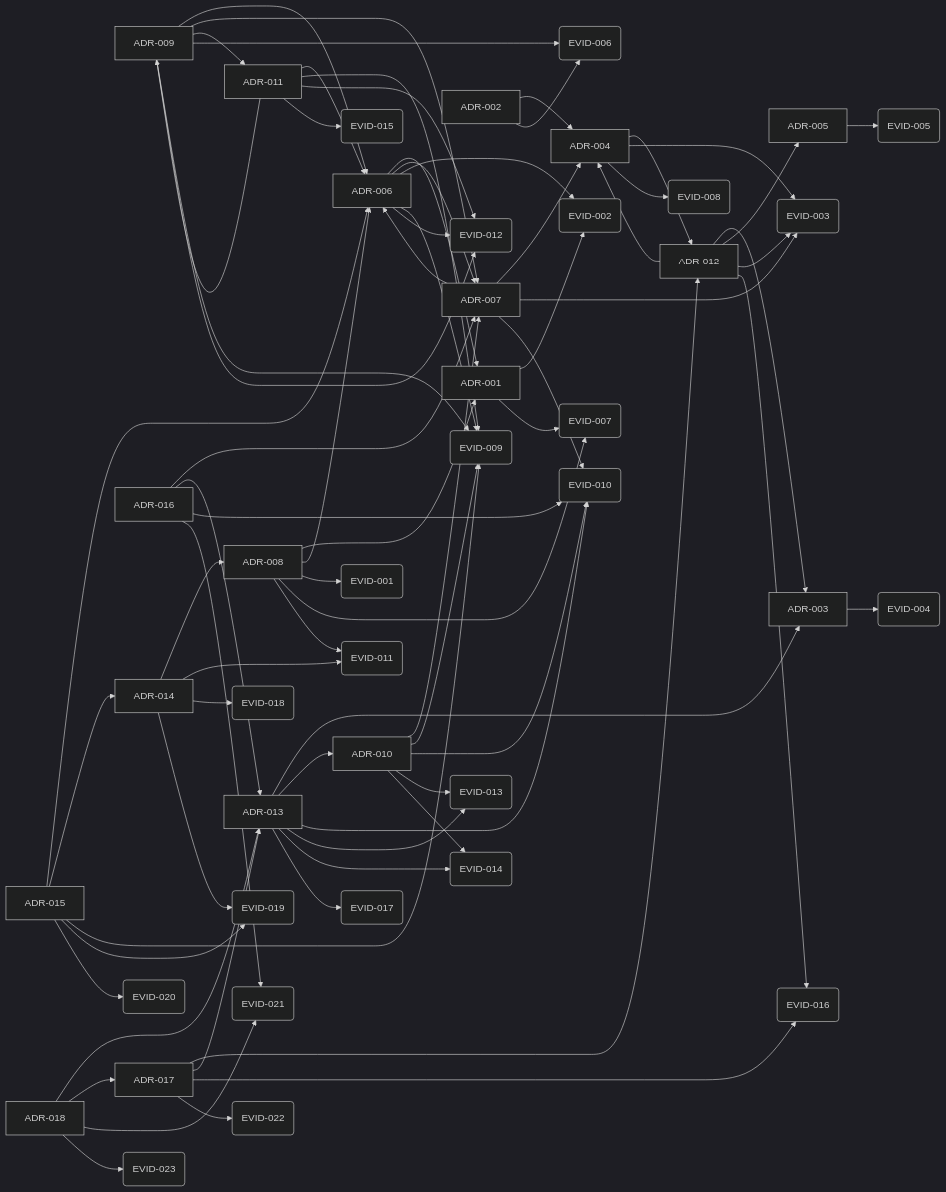
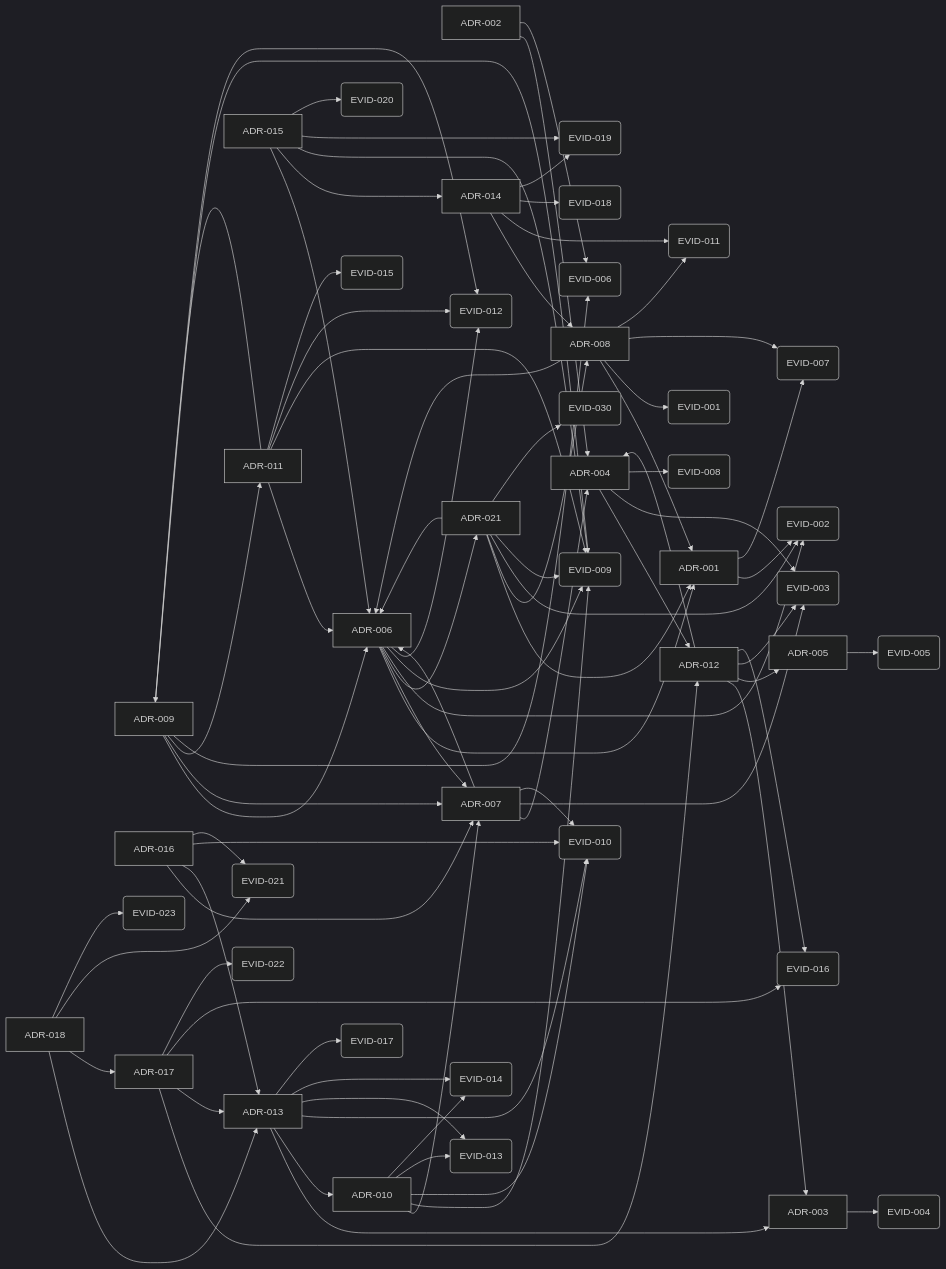
The diagram in GRAPH.md (TeramachiShunsuke/aidd), drawn with Mermaid (dark theme) before and after one commit. The commit also changed other lines of this file and 18 other files, not shown here.

````diff
--- a/GRAPH.md
+++ b/GRAPH.md
@@ -52,6 +52,7 @@
   ADR_016[ADR-016]
   ADR_017[ADR-017]
   ADR_018[ADR-018]
+  ADR_021[ADR-021]
   EVID_001(EVID-001)
   EVID_002(EVID-002)
   EVID_003(EVID-003)
@@ -75,6 +76,7 @@
   EVID_021(EVID-021)
   EVID_022(EVID-022)
   EVID_023(EVID-023)
+  EVID_030(EVID-030)
   ADR_001 --> EVID_002
   ADR_001 --> EVID_007
   ADR_002 --> ADR_004
@@ -86,6 +88,7 @@
   ADR_005 --> EVID_005
   ADR_006 --> ADR_001
   ADR_006 --> ADR_007
+  ADR_006 --> ADR_021
   ADR_006 --> EVID_002
   ADR_006 --> EVID_009
   ADR_006 --> EVID_012
@@ -146,4 +149,10 @@
   ADR_018 --> ADR_017
   ADR_018 --> EVID_021
   ADR_018 --> EVID_023
+  ADR_021 --> ADR_001
+  ADR_021 --> ADR_006
+  ADR_021 --> ADR_008
+  ADR_021 --> EVID_002
+  ADR_021 --> EVID_009
+  ADR_021 --> EVID_030
 ```
````
